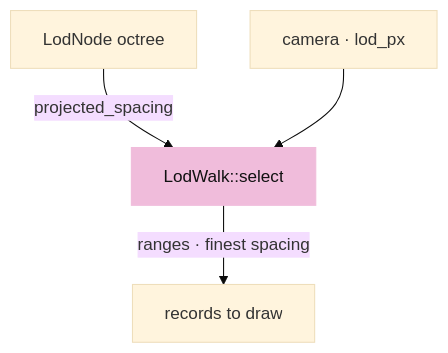
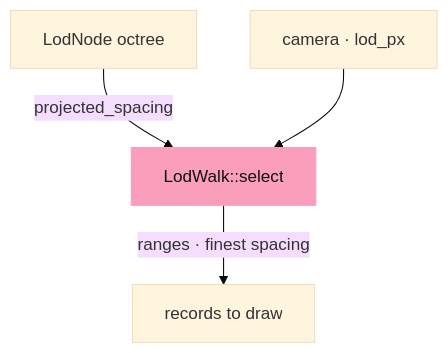
The third of 6 diagrams in session_viewer/docs/04d-clouds.md (petrasvestartas/session), drawn with Mermaid (base theme) before and after one commit. The commit also changed other lines of this file and 328 other files, not shown here.

First line of the commit message:
Course: the palette you sent, and mermaid drawn like the drawings

````diff
--- a/session_viewer/docs/04d-clouds.md
+++ b/session_viewer/docs/04d-clouds.md
@@ -86,7 +86,7 @@
 ```mermaid
 flowchart TB
     N["LodNode octree"] -- "projected_spacing" --> W["LodWalk::select"]
     C["camera · lod_px"] --> W
     W -- "ranges · finest spacing" --> R["records to draw"]
-    style W fill:#f0bcdb,stroke:#f0bcdb,color:#111
+    style W fill:#fa9ebc,stroke:#fa9ebc,color:#111
 ```
````
